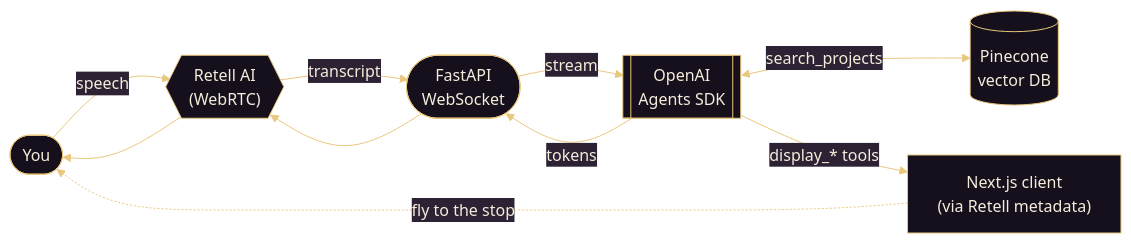
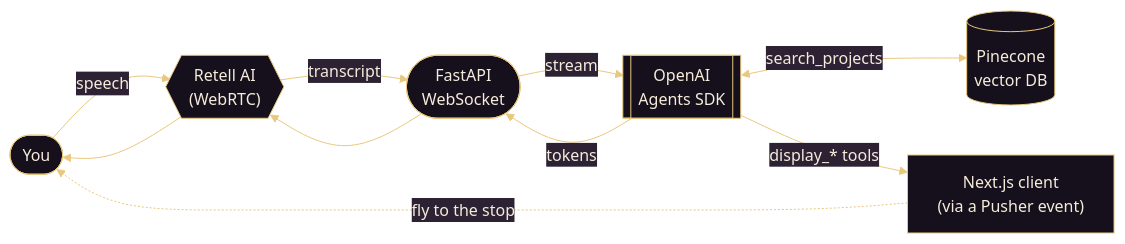
One commit to IdkwhatImD0ing/PortfolioV5 changed the second of 2 diagrams in README.md. Above: the diagram before and after it, drawn with Mermaid. The commit also changed other lines of this file and 70 other files, not shown here.

````diff
--- a/README.md
+++ b/README.md
@@ -134,11 +134,11 @@
 ```mermaid
 %%{init: {'theme':'base', 'themeVariables': {'primaryColor':'#15101b','primaryTextColor':'#f5ecdc','primaryBorderColor':'#e9c77e','lineColor':'#e9c77e','secondaryColor':'#2c2233','tertiaryColor':'#0e0c14','fontFamily':'Georgia, serif'}}}%%
 flowchart LR
   U(["You"]) -- "speech" --> R{{"Retell AI<br/>(WebRTC)"}}
   R -- "transcript" --> WS(["FastAPI<br/>WebSocket"])
   WS -- "stream" --> A[["OpenAI<br/>Agents SDK"]]
   A <-- "search_projects" --> P[("Pinecone<br/>vector DB")]
-  A -- "display_* tools" --> N["Next.js client<br/>(via Retell metadata)"]
+  A -- "display_* tools" --> N["Next.js client<br/>(via a Pusher event)"]
   A -- "tokens" --> WS --> R --> U
   N -. "fly to the stop" .-> U
 ```
````
